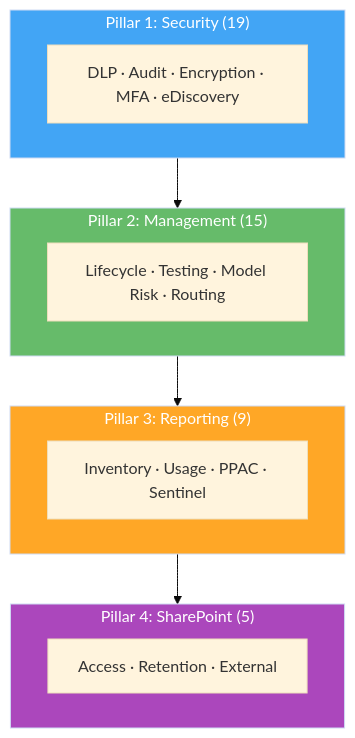
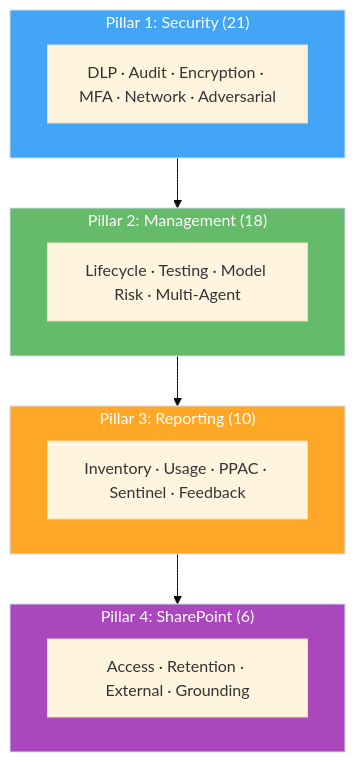
One commit to judeper/FSI-AgentGov changed the first of 3 diagrams in docs/getting-started/overview.md. Above: the diagram before and after it, drawn with Mermaid (base theme). The commit also changed other lines of this file and 43 other files, not shown here.

````diff
--- a/docs/getting-started/overview.md
+++ b/docs/getting-started/overview.md
@@ -81,22 +94,22 @@
 ```mermaid
 graph TB
-    subgraph P4["Pillar 4: SharePoint (5)"]
-        SP[Access · Retention · External]
+    subgraph P4["Pillar 4: SharePoint (6)"]
+        SP[Access · Retention · External · Grounding]
     end
-    subgraph P3["Pillar 3: Reporting (9)"]
-        RP[Inventory · Usage · PPAC · Sentinel]
+    subgraph P3["Pillar 3: Reporting (10)"]
+        RP[Inventory · Usage · PPAC · Sentinel · Feedback]
     end
-    subgraph P2["Pillar 2: Management (15)"]
-        MG[Lifecycle · Testing · Model Risk · Routing]
+    subgraph P2["Pillar 2: Management (18)"]
+        MG[Lifecycle · Testing · Model Risk · Multi-Agent]
     end
-    subgraph P1["Pillar 1: Security (19)"]
-        SC[DLP · Audit · Encryption · MFA · eDiscovery]
+    subgraph P1["Pillar 1: Security (21)"]
+        SC[DLP · Audit · Encryption · MFA · Network · Adversarial]
     end
 
     P1 --> P2 --> P3 --> P4
 
     style P1 fill:#42A5F5,color:#fff
     style P2 fill:#66BB6A,color:#fff
     style P3 fill:#FFA726,color:#fff
     style P4 fill:#AB47BC,color:#fff
 ```
````
